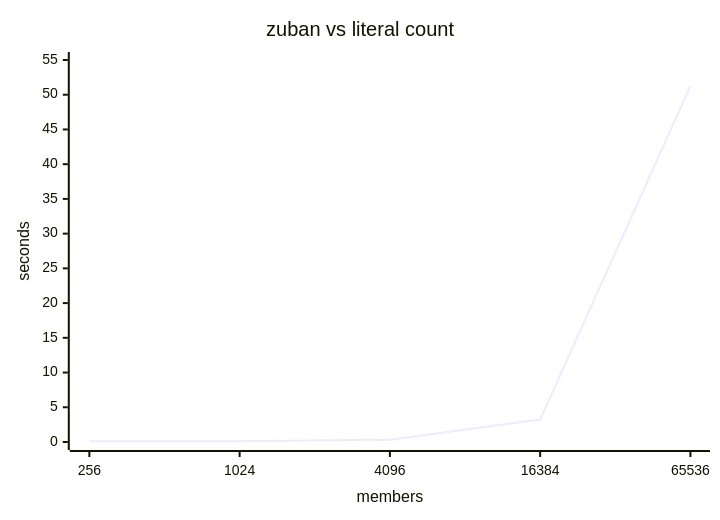
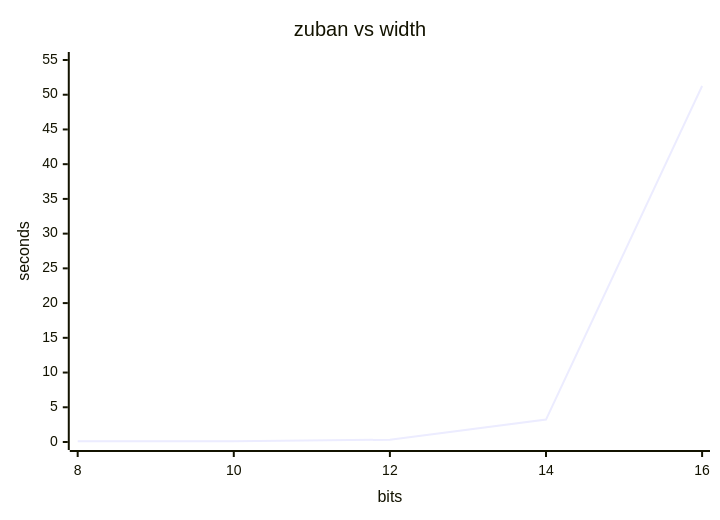
The second of 4 diagrams in README.md (JPHutchins/types-bits), drawn with Mermaid before and after one commit. The commit also changed other lines of this file and 6 other files, not shown here.

````diff
--- a/README.md
+++ b/README.md
@@ -52,7 +53,7 @@
 ```mermaid
 xychart-beta
-    title "zuban vs literal count"
-    x-axis "members" [256, 1024, 4096, 16384, 65536]
+    title "zuban vs width"
+    x-axis "bits" [8, 10, 12, 14, 16]
     y-axis "seconds" 0 --> 55
     line [0.10, 0.12, 0.33, 3.23, 51.26]
 ```
````
